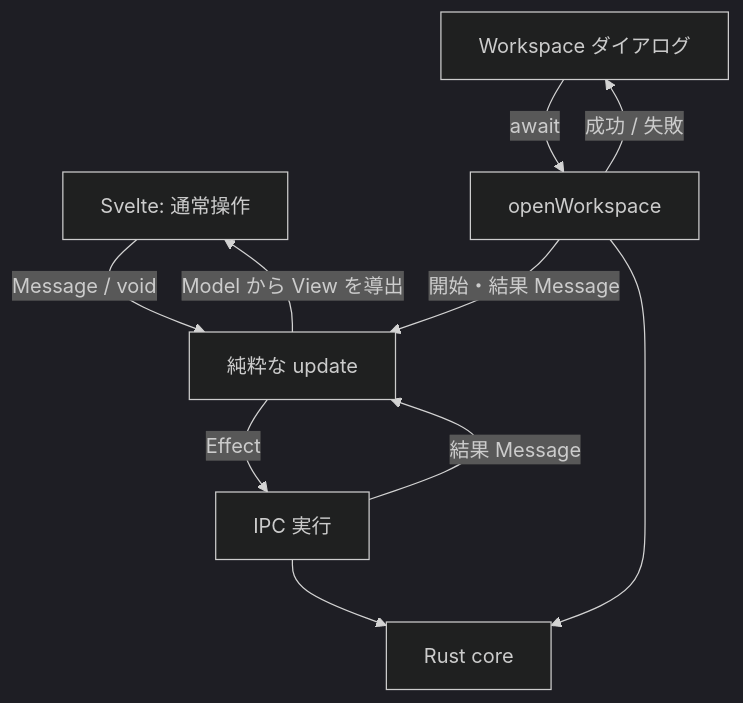
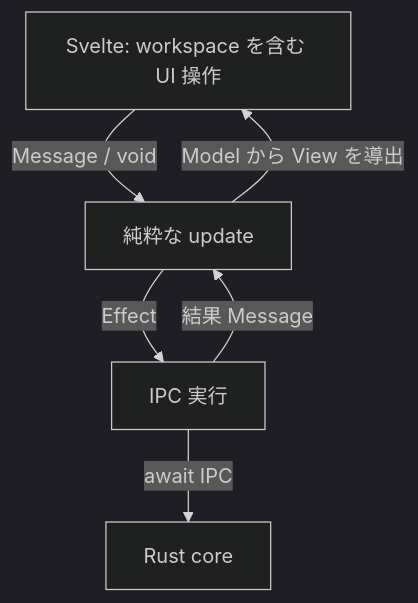
One commit to OhataKenji/zeal changed the diagram in docs/design/session-state.md. Above: the diagram before and after it, drawn with Mermaid (dark theme). The commit also changed other lines of this file and 6 other files, not shown here.

````diff
--- a/docs/design/session-state.md
+++ b/docs/design/session-state.md
@@ -34,12 +34,8 @@
 ```mermaid
 flowchart TD
-  UI[Svelte: 通常操作] -->|Message / void| Update[純粋な update]
+  UI[Svelte: workspace を含む UI 操作] -->|Message / void| Update[純粋な update]
   Update -->|Model から View を導出| UI
   Update -->|Effect| Runner[IPC 実行]
   Runner -->|結果 Message| Update
-  Dialog[Workspace ダイアログ] -->|await| Open[openWorkspace]
-  Open -->|開始・結果 Message| Update
-  Open -->|成功 / 失敗| Dialog
-  Runner --> Core[Rust core]
-  Open --> Core
+  Runner -->|await IPC| Core[Rust core]
 ```
````
